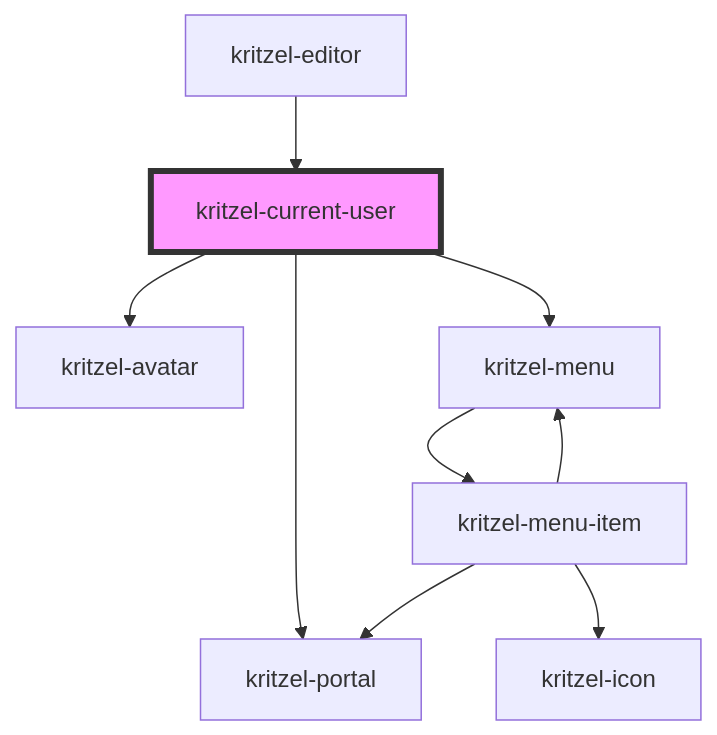
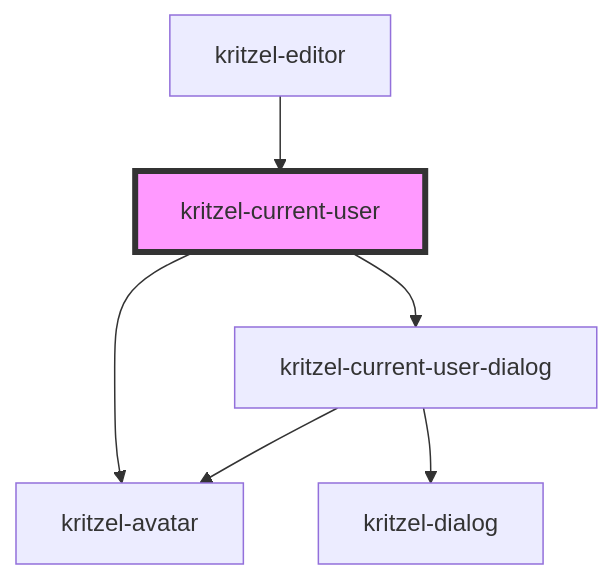
Before and after one commit to kasual1/kritzel: the diagram in libs/kritzel-stencil/src/components/ui/kritzel-current-user/readme.md, drawn with Mermaid. The commit also changed other lines of this file and 12 other files, not shown here.

````diff
--- a/libs/kritzel-stencil/src/components/ui/kritzel-current-user/readme.md
+++ b/libs/kritzel-stencil/src/components/ui/kritzel-current-user/readme.md
@@ -37,12 +28,9 @@
 ```mermaid
 graph TD;
   kritzel-current-user --> kritzel-avatar
-  kritzel-current-user --> kritzel-portal
-  kritzel-current-user --> kritzel-menu
-  kritzel-menu --> kritzel-menu-item
-  kritzel-menu-item --> kritzel-icon
-  kritzel-menu-item --> kritzel-portal
-  kritzel-menu-item --> kritzel-menu
+  kritzel-current-user --> kritzel-current-user-dialog
+  kritzel-current-user-dialog --> kritzel-dialog
+  kritzel-current-user-dialog --> kritzel-avatar
   kritzel-editor --> kritzel-current-user
   style kritzel-current-user fill:#f9f,stroke:#333,stroke-width:4px
 ```
````
